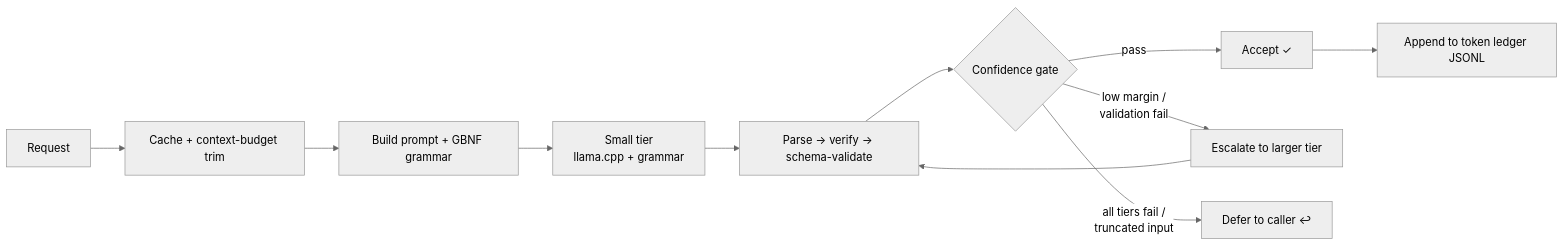
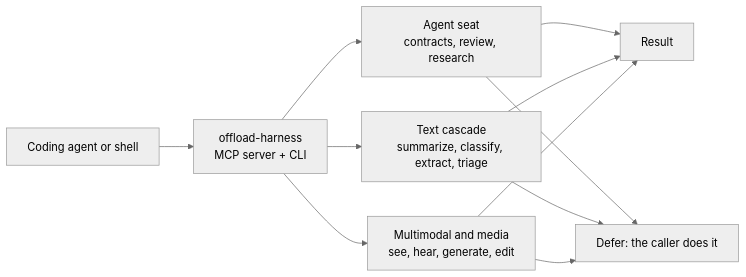
The diagram in README.md (dmmdea/offload-harness), drawn with Mermaid (neutral theme) before and after one commit. The commit also changed other lines of this file and 4 other files, not shown here.

First line of the commit message:
docs: make the README a landing page that leads with the agent seat

````diff
--- a/README.md
+++ b/README.md
@@ -399,13 +23,13 @@
 ```mermaid
 flowchart LR
-    A[Request] --> B[Cache + context-budget trim]
-    B --> C[Build prompt + GBNF grammar]
-    C --> D[Small tier<br/>llama.cpp + grammar]
-    D --> E[Parse → verify → schema-validate]
-    E --> F{Confidence gate}
-    F -->|pass| G[Accept ✓]
-    F -->|low margin /<br/>validation fail| H[Escalate to larger tier]
-    H --> E
-    F -->|all tiers fail /<br/>truncated input| I[Defer to caller ↩]
-    G --> J[Append to token ledger JSONL]
+    A["Coding agent or shell"] --> B["offload-harness<br/>MCP server + CLI"]
+    B --> C["Agent seat<br/>contracts, review, research"]
+    B --> D["Text cascade<br/>summarize, classify, extract, triage"]
+    B --> E["Multimodal and media<br/>see, hear, generate, edit"]
+    C --> F["Result"]
+    D --> F
+    E --> F
+    C --> G["Defer: the caller does it"]
+    D --> G
+    E --> G
 ```
````
